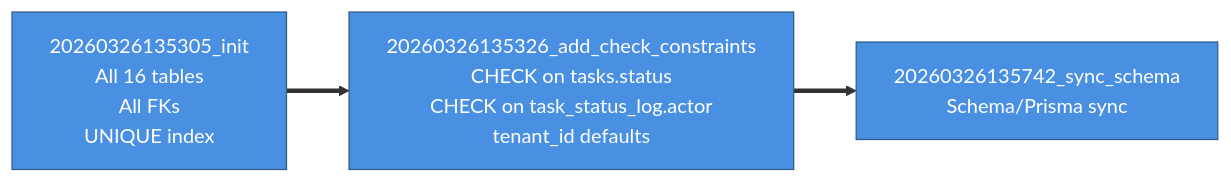
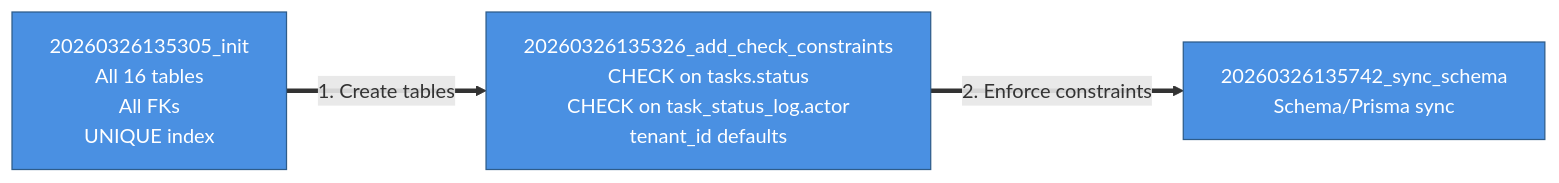
The fourth of 6 diagrams in docs/2026-03-26-1511-phase1-foundation.md (viiqswim/dozaldevs-ai-employee), drawn with Mermaid before and after one commit. The commit also changed other lines of this file, not shown here.

Commit message:
docs: update Phase 1 diagrams to Mermaid standards (numbered steps, flow tables, standard palette)

````diff
--- a/docs/2026-03-26-1511-phase1-foundation.md
+++ b/docs/2026-03-26-1511-phase1-foundation.md
@@ -255,10 +267,11 @@
 ```mermaid
 flowchart LR
     M1["20260326135305_init\nAll 16 tables\nAll FKs\nUNIQUE index"]:::service
     M2["20260326135326_add_check_constraints\nCHECK on tasks.status\nCHECK on task_status_log.actor\ntenant_id defaults"]:::service
     M3["20260326135742_sync_schema\nSchema/Prisma sync"]:::service
 
-    M1 ==> M2 ==> M3
+    M1 ==>|"1. Create tables"| M2
+    M2 ==>|"2. Enforce constraints"| M3
 
     classDef service fill:#4A90E2,stroke:#2E5C8A,color:#fff
 ```
````
